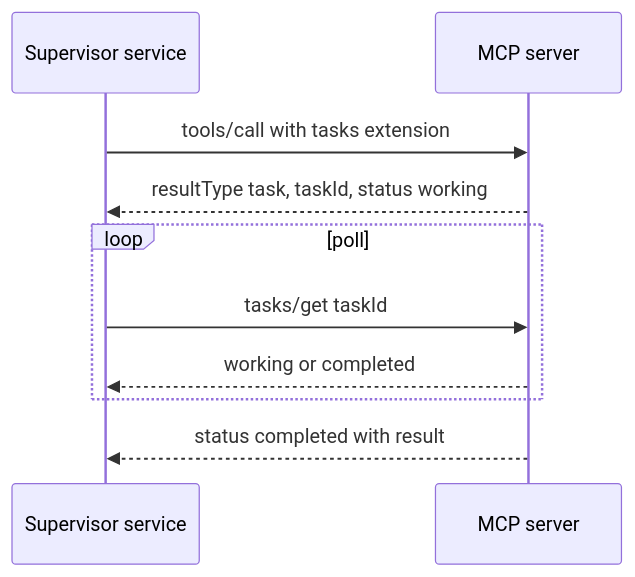
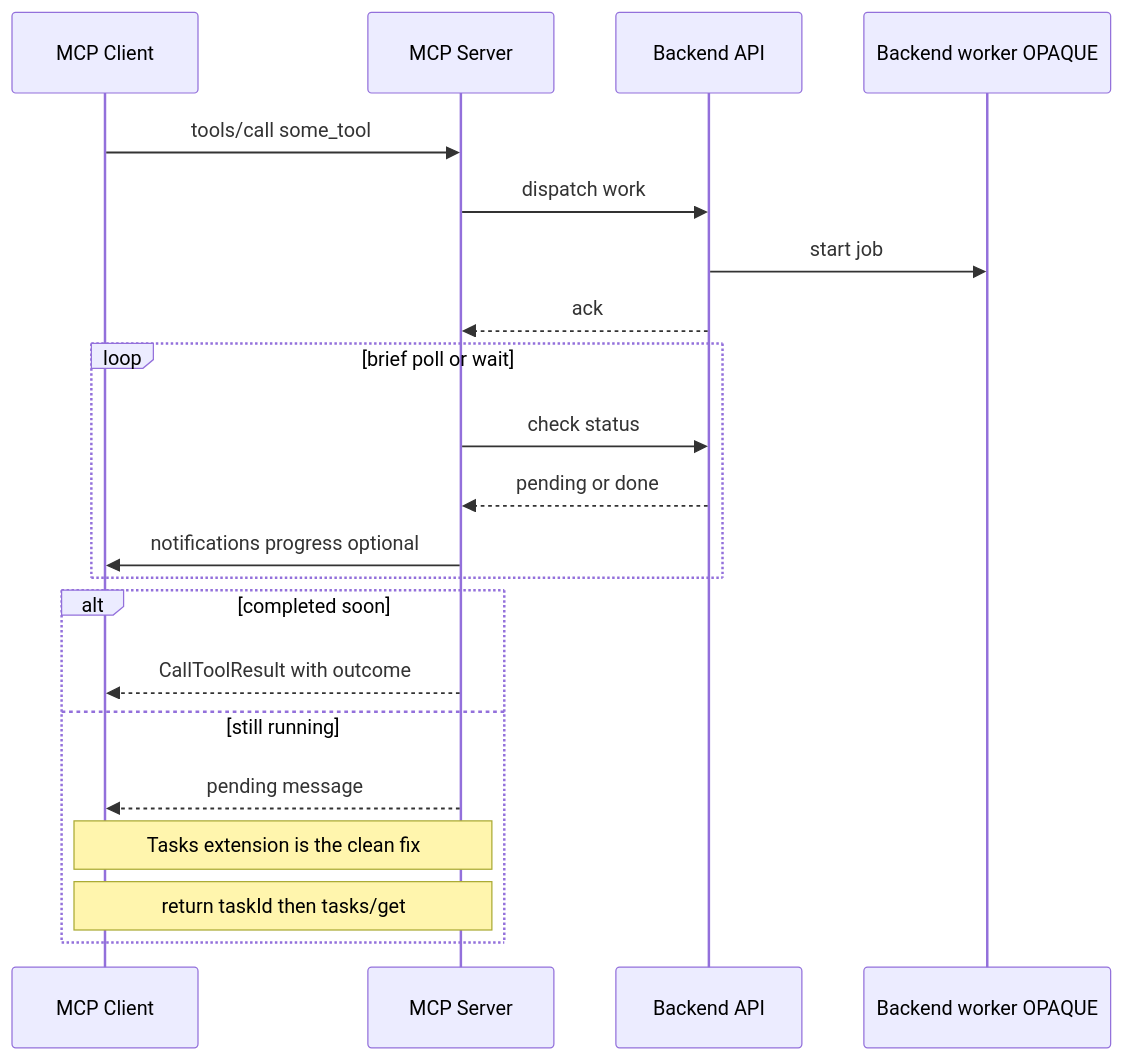
The second of 2 diagrams in docs/research/deep_agent_mcp_analysis.md (modelcontextprotocol/agents-wg), drawn with Mermaid before and after one commit. The commit also changed other lines of this file, not shown here.

First line of the commit message:
Revise deep agent vs MCP agents analysis

````diff
--- a/docs/research/deep_agent_mcp_analysis.md
+++ b/docs/research/deep_agent_mcp_analysis.md
@@ -142,13 +213,26 @@
 ```mermaid
 sequenceDiagram
-    participant App as Supervisor service
-    participant MCP as MCP server
+    participant Client as MCP Client
+    participant Server as MCP Server
+    participant API as Backend API
+    participant Worker as Backend worker OPAQUE
 
-    App->>MCP: tools/call with tasks extension
-    MCP-->>App: resultType task, taskId, status working
-    loop poll
-        App->>MCP: tasks/get taskId
-        MCP-->>App: working or completed
+    Client->>Server: tools/call some_tool
+    Server->>API: dispatch work
+    API->>Worker: start job
+    API-->>Server: ack
+
+    loop brief poll or wait
+        Server->>API: check status
+        API-->>Server: pending or done
+        Server->>Client: notifications progress optional
     end
-    MCP-->>App: status completed with result
+
+    alt completed soon
+        Server-->>Client: CallToolResult with outcome
+    else still running
+        Server-->>Client: pending message
+        Note over Server,Client: Tasks extension is the clean fix
+        Note over Server,Client: return taskId then tasks/get
+    end
 ```
````
